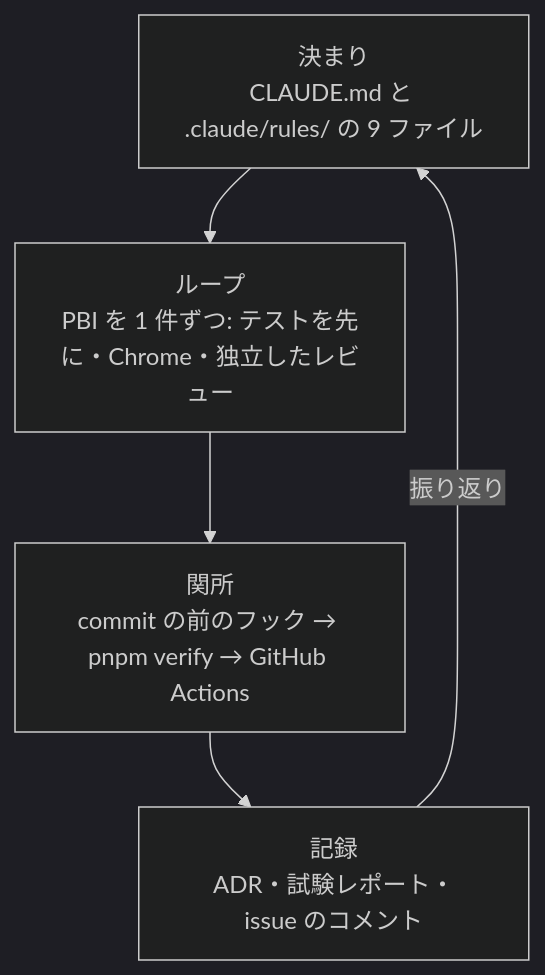
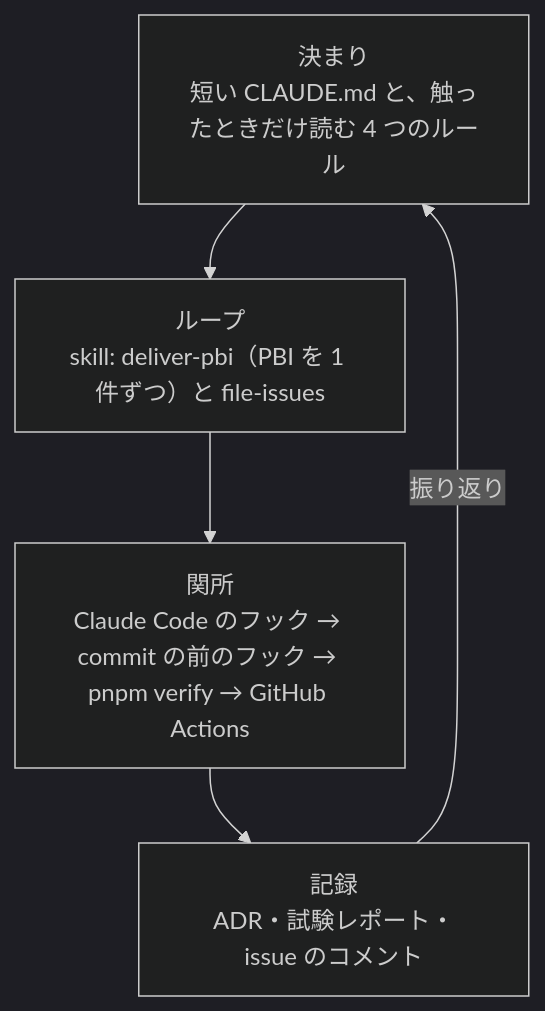
The diagram in docs/architecture/harness.md (ohta-rh/x-modoki-v2), drawn with Mermaid (dark theme) before and after one commit. The commit also changed other lines of this file and 44 other files, not shown here.

````diff
--- a/docs/architecture/harness.md
+++ b/docs/architecture/harness.md
@@ -17,7 +17,7 @@
 ```mermaid
 flowchart TD
-  rules["決まり<br/>CLAUDE.md と .claude/rules/ の 9 ファイル"] --> loop["ループ<br/>PBI を 1 件ずつ: テストを先に・Chrome・独立したレビュー"]
-  loop --> gates["関所<br/>commit の前のフック → pnpm verify → GitHub Actions"]
+  rules["決まり<br/>短い CLAUDE.md と、触ったときだけ読む 4 つのルール"] --> loop["ループ<br/>skill: deliver-pbi（PBI を 1 件ずつ）と file-issues"]
+  loop --> gates["関所<br/>Claude Code のフック → commit の前のフック → pnpm verify → GitHub Actions"]
   gates --> records["記録<br/>ADR・試験レポート・issue のコメント"]
   records -->|"振り返り"| rules
 ```
````
